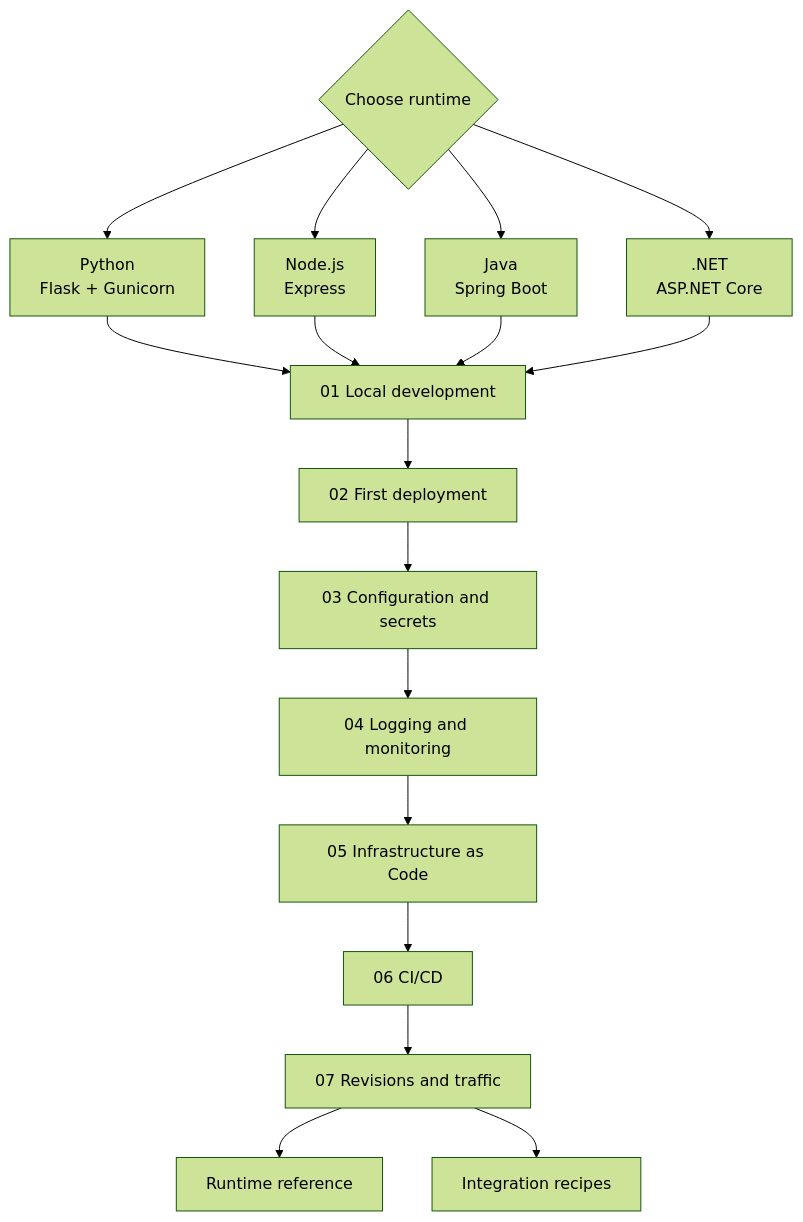
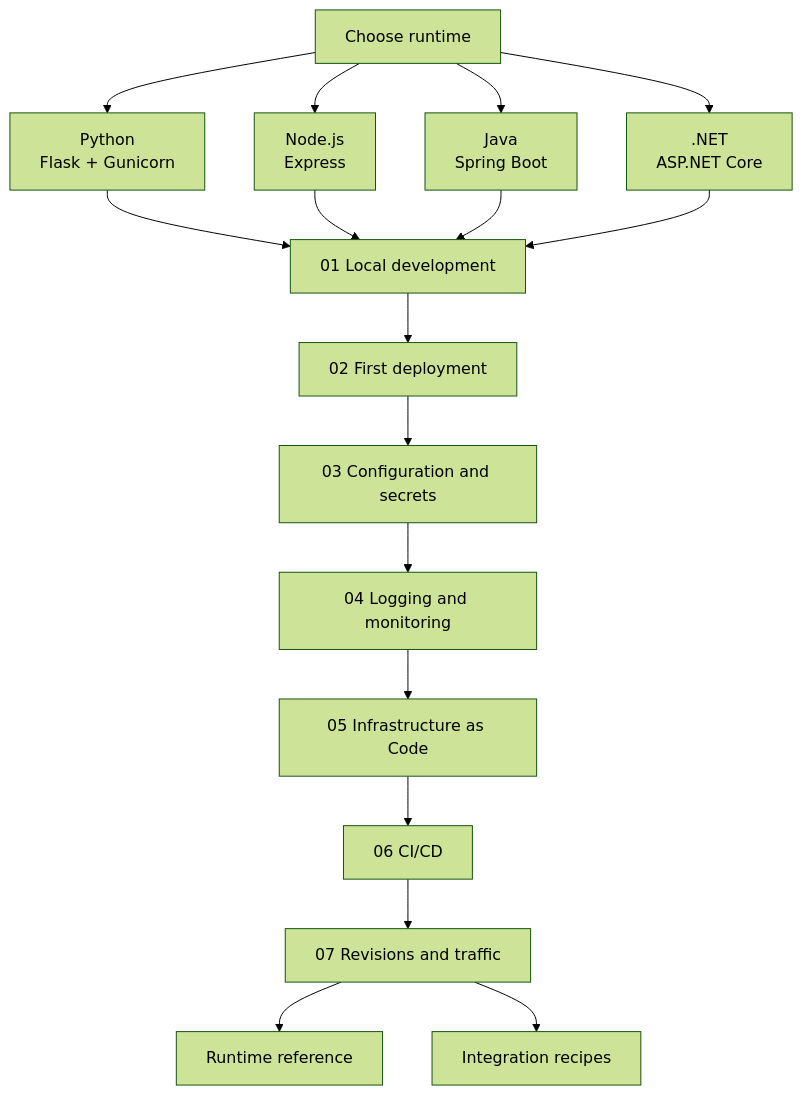
Before and after one commit to yeongseon/azure-container-apps-practical-guide: the diagram in docs/language-guides/index.md, drawn with Mermaid (forest theme). The commit also changed 22 other files, not shown here.

````diff
--- a/docs/language-guides/index.md
+++ b/docs/language-guides/index.md
@@ -39,27 +39,27 @@
 ```mermaid
 flowchart TD
     accTitle: Shared language-guide progression
     accDescr: Each runtime follows the same seven tutorial stages, then branches to its runtime reference and integration recipes. Select Python, Node.js, Java, or .NET before starting the shared sequence.
-    CHOOSE{Choose runtime}
+    CHOOSE[Choose runtime]
     PYTHON[Python<br/>Flask + Gunicorn]
     NODE[Node.js<br/>Express]
     JAVA[Java<br/>Spring Boot]
     DOTNET[.NET<br/>ASP.NET Core]
     LOCAL[01 Local development]
     DEPLOY[02 First deployment]
     CONFIG[03 Configuration and secrets]
     OBSERVE[04 Logging and monitoring]
     IAC[05 Infrastructure as Code]
     CICD[06 CI/CD]
     RELEASE[07 Revisions and traffic]
     RUNTIME[Runtime reference]
     RECIPES[Integration recipes]
 
     CHOOSE --> PYTHON --> LOCAL
     CHOOSE --> NODE --> LOCAL
     CHOOSE --> JAVA --> LOCAL
     CHOOSE --> DOTNET --> LOCAL
     LOCAL --> DEPLOY --> CONFIG --> OBSERVE --> IAC --> CICD --> RELEASE
     RELEASE --> RUNTIME
     RELEASE --> RECIPES
 ```
````
